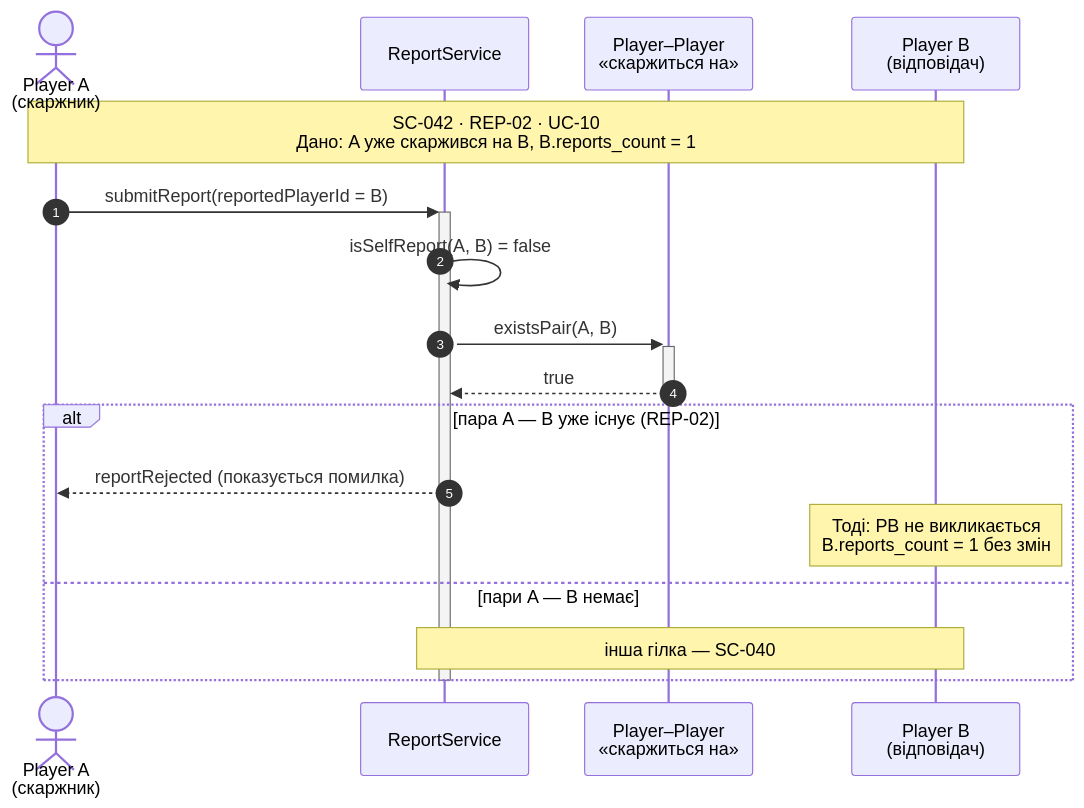
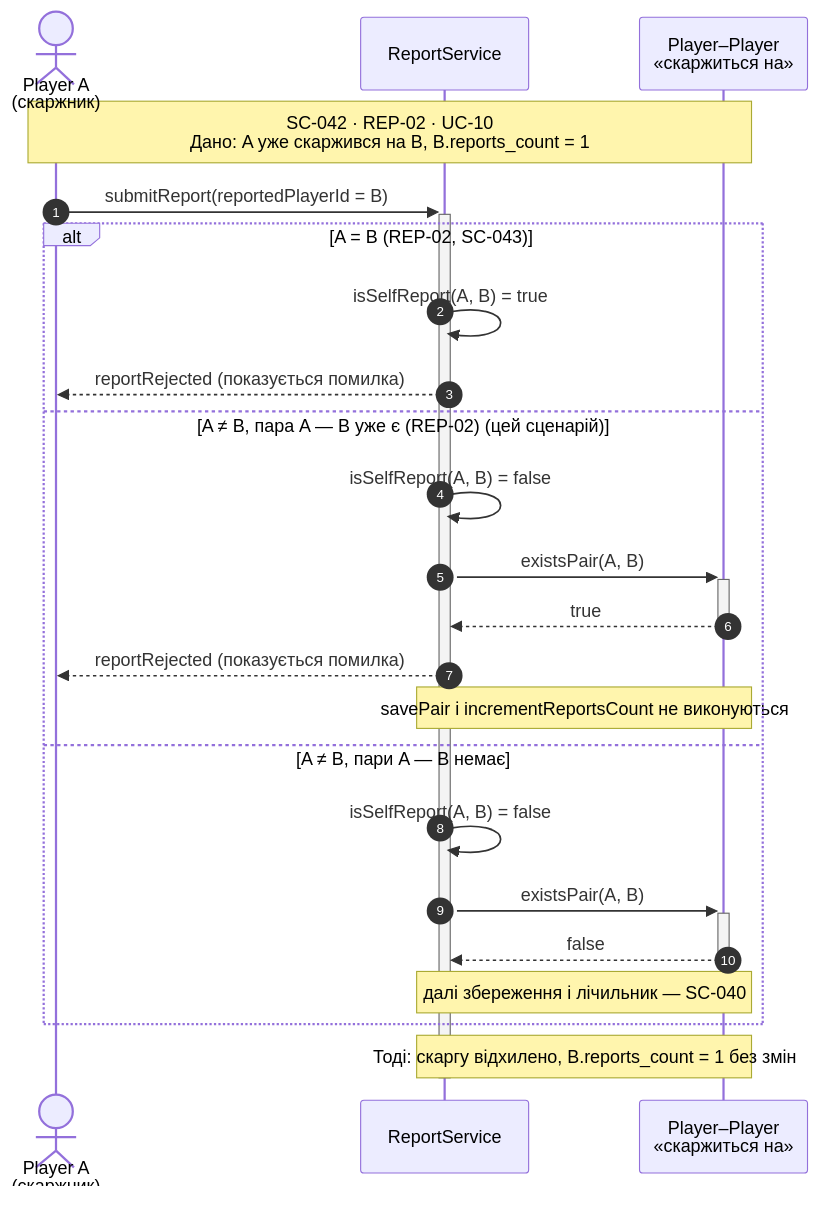
One commit to Honike-1/KPI2 changed the diagram in lab3/diagrams/sequence-042.mmd. Above: the diagram before and after it, drawn with Mermaid. The commit also changed 13 other files, not shown here.

Commit message:
docs: rework diagrams

```diff
--- a/lab3/diagrams/sequence-042.mmd
+++ b/lab3/diagrams/sequence-042.mmd
@@ -1,19 +1,26 @@
 sequenceDiagram
     autonumber
     actor A as Player A<br/>(скаржник)
     participant RS as ReportService
     participant REL as Player–Player<br/>«скаржиться на»
-    participant PB as Player B<br/>(відповідач)
 
-    Note over A,PB: SC-042 · REP-02 · UC-10<br/>Дано: A уже скаржився на B, B.reports_count = 1
+
+    Note over A,REL: SC-042 · REP-02 · UC-10<br/>Дано: A уже скаржився на B, B.reports_count = 1
     A->>+RS: submitReport(reportedPlayerId = B)
-    RS->>RS: isSelfReport(A, B) = false
-    RS->>+REL: existsPair(A, B)
-    REL-->>-RS: true
-    alt пара A — B уже існує (REP-02)
+    alt A = B (REP-02, SC-043)
+        RS->>RS: isSelfReport(A, B) = true
         RS-->>A: reportRejected (показується помилка)
-        Note over PB: Тоді: PB не викликається<br/>B.reports_count = 1 без змін
-    else пари A — B немає
-        Note over RS,PB: інша гілка — SC-040
+    else A ≠ B, пара A — B уже є (REP-02) (цей сценарій)
+        RS->>RS: isSelfReport(A, B) = false
+        RS->>+REL: existsPair(A, B)
+        REL-->>-RS: true
+        RS-->>A: reportRejected (показується помилка)
+        Note over RS,REL: savePair і incrementReportsCount не виконуються
+    else A ≠ B, пари A — B немає
+        RS->>RS: isSelfReport(A, B) = false
+        RS->>+REL: existsPair(A, B)
+        REL-->>-RS: false
+        Note over RS,REL: далі збереження і лічильник — SC-040
     end
+    Note over RS,REL: Тоді: скаргу відхилено, B.reports_count = 1 без змін
     deactivate RS
```
